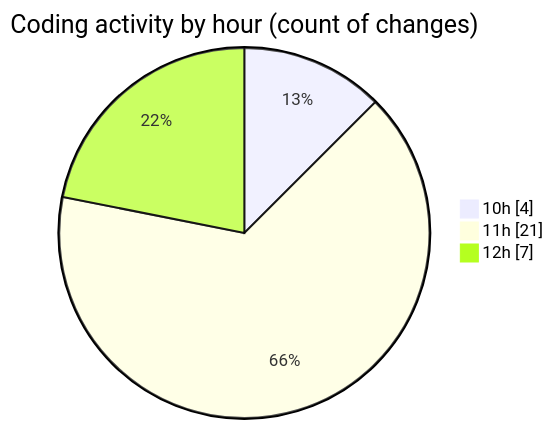
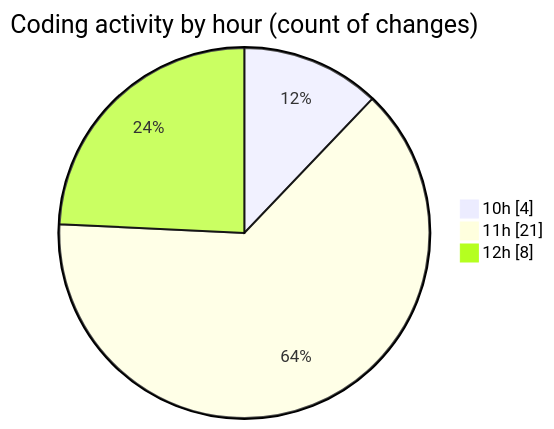
One commit to LanceThiago/code-tracking changed the second of 2 diagrams in 2025-05-15/jogo/README.md. Above: the diagram before and after it, drawn with Mermaid. The commit also changed other lines of this file and 1 other file, not shown here.

````diff
--- a/2025-05-15/jogo/README.md
+++ b/2025-05-15/jogo/README.md
@@ -32,7 +32,7 @@
 ```mermaid
 pie showData
 title Coding activity by hour (count of changes)
 "10h" : 4
 "11h" : 21
-"12h" : 7
+"12h" : 8
 ```
````
